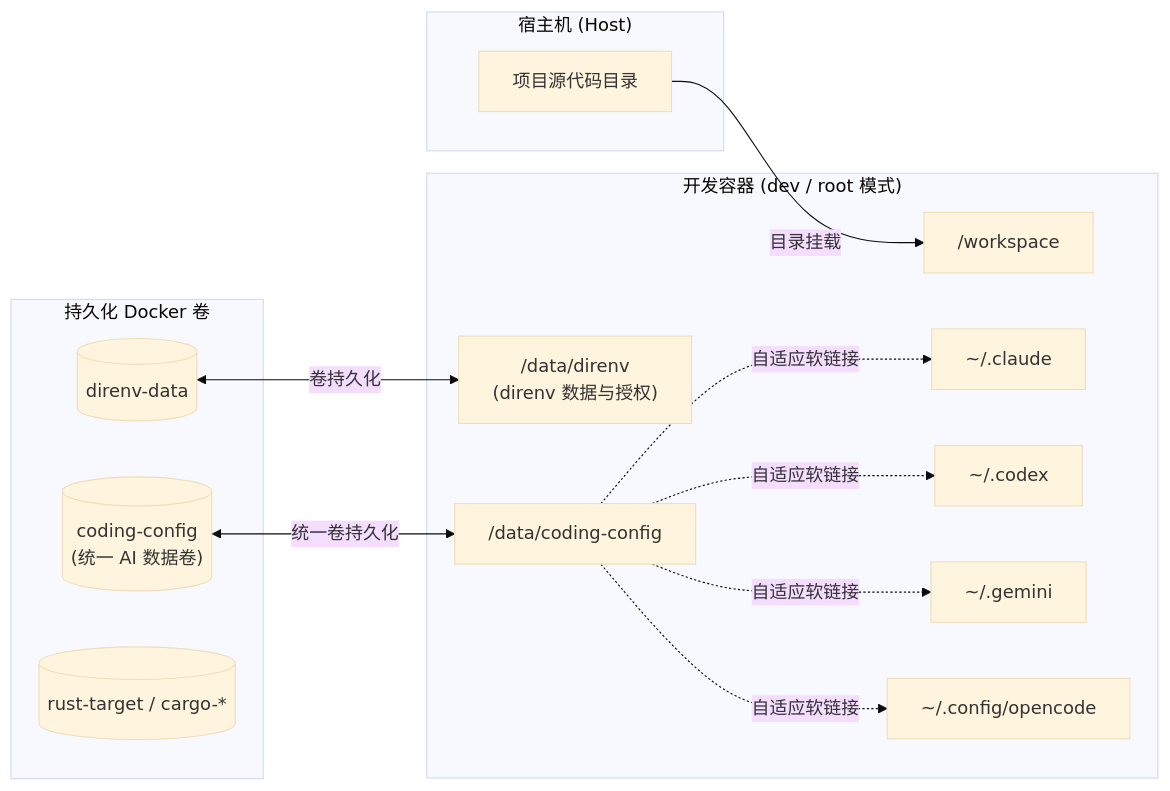
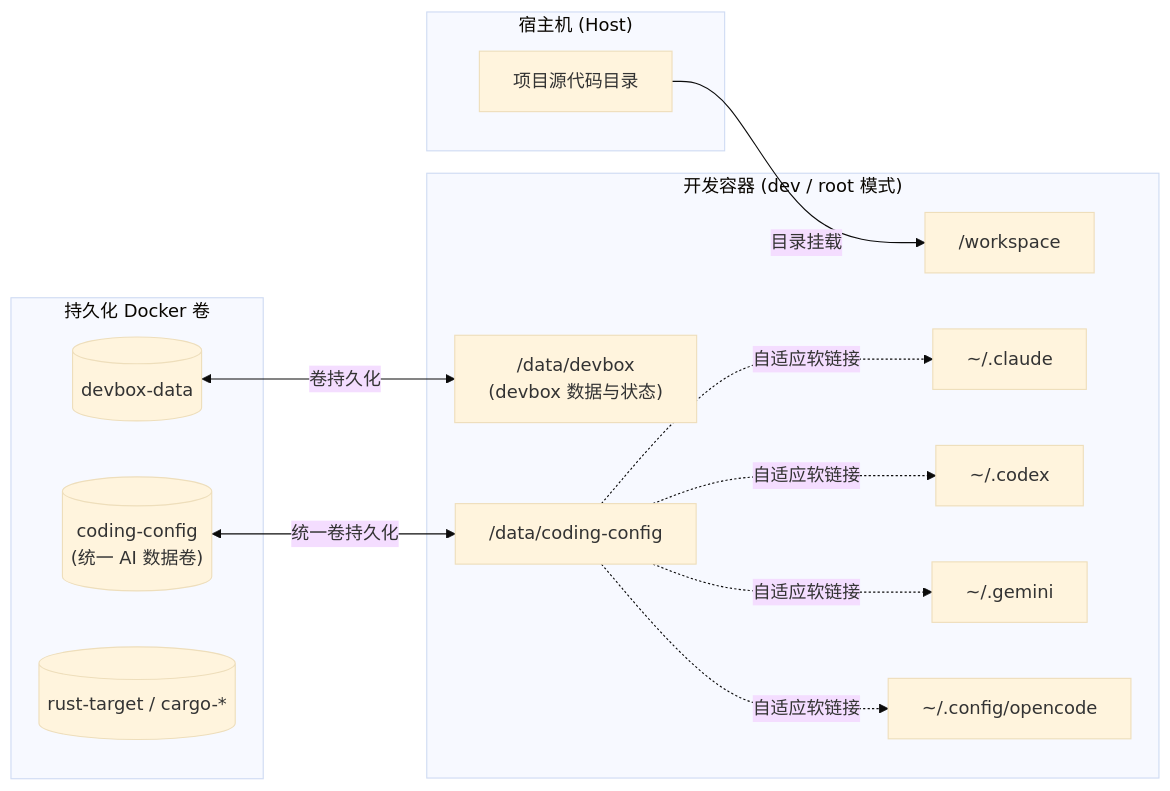
One commit to shaogme/coding-images changed the fourth of 5 diagrams in README.md. Above: the diagram before and after it, drawn with Mermaid (base theme). The commit also changed other lines of this file and 17 other files, not shown here.

First line of the commit message:
feat(devbox): replace direnv with automatic Devbox integration

````diff
--- a/README.md
+++ b/README.md
@@ -260,30 +261,30 @@
 ```mermaid
 flowchart LR
     subgraph Host["宿主机 (Host)"]
         Code["项目源代码目录"]
     end
 
     subgraph Volumes["持久化 Docker 卷"]
-        V0[("direnv-data")]
+        V0[("devbox-data")]
         VAI[("coding-config<br/>(统一 AI 数据卷)")]
         VRust[("rust-target / cargo-*")]
     end
 
     subgraph DevContainer["开发容器 (dev / root 模式)"]
         WS["/workspace"]
-        DataDirenv["/data/direnv<br/>(direnv 数据与授权)"]
+        DataDevbox["/data/devbox<br/>(devbox 数据与状态)"]
         Data["/data/coding-config"]
         P1["~/.claude"]
         P2["~/.codex"]
         P3["~/.gemini"]
         P4["~/.config/opencode"]
     end
 
     Code -->|目录挂载| WS
-    V0 <-->|卷持久化| DataDirenv
+    V0 <-->|卷持久化| DataDevbox
     VAI <-->|统一卷持久化| Data
     Data -.->|自适应软链接| P1
     Data -.->|自适应软链接| P2
     Data -.->|自适应软链接| P3
     Data -.->|自适应软链接| P4
 ```
````
